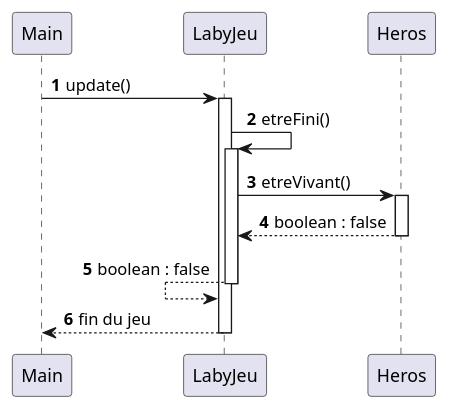
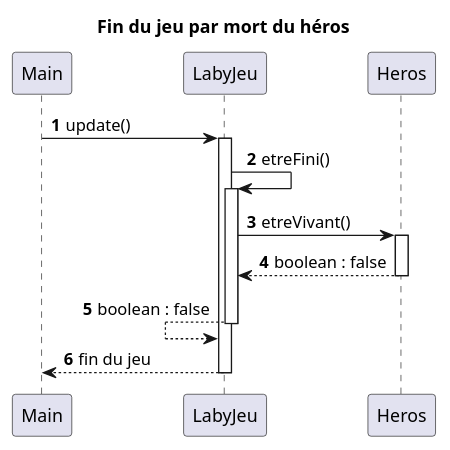
One commit to crochetremi/2025_Zeldiablo2_e20157u_e82008u_e89209u_e26078u changed the diagram in documents/version_4/DS_MortDuHeros.puml. Above: the diagram before and after it, drawn with PlantUML. The commit also changed 8 other files, not shown here.

```diff
--- a/documents/version_4/DS_MortDuHeros.puml
+++ b/documents/version_4/DS_MortDuHeros.puml
@@ -1,25 +1,24 @@
 @startuml
 'https://plantuml.com/sequence-diagram
-
+title Fin du jeu par mort du héros
 autonumber
 
 Main -> LabyJeu : update()
 activate LabyJeu
 
 LabyJeu -> LabyJeu : etreFini()
 activate LabyJeu
 
 LabyJeu -> Heros : etreVivant()
 activate Heros
 LabyJeu <-- Heros : boolean : false
 deactivate Heros
 
 LabyJeu <-- LabyJeu : boolean : false
 deactivate LabyJeu
 
 Main <-- LabyJeu : fin du jeu
 
 deactivate LabyJeu
 
-
 @enduml
```
